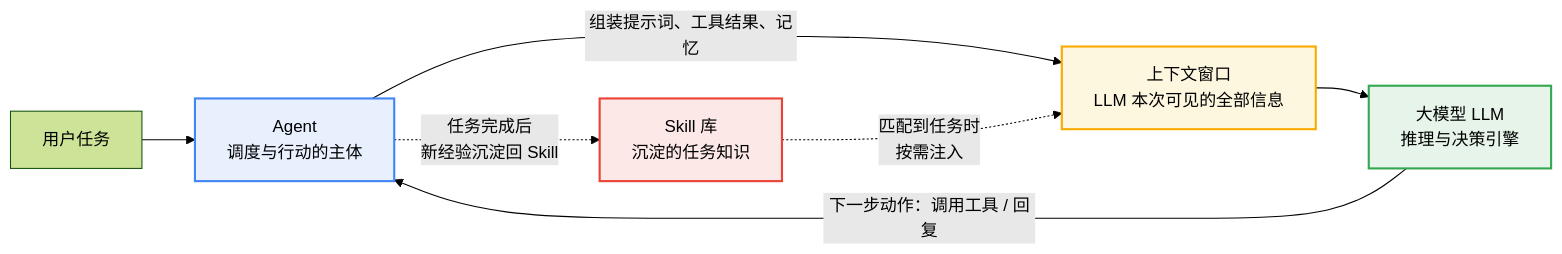
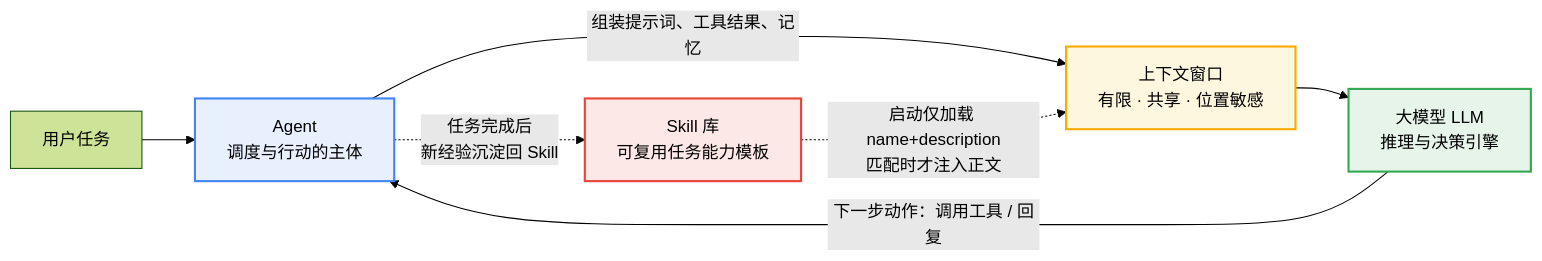
One commit to 5210503/statistics-data-analysis changed the first of 4 diagrams in concept-relationship.md. Above: the diagram before and after it, drawn with Mermaid (forest theme). The commit also changed other lines of this file and 5 other files, not shown here.

Commit message:
内容修正：新增 Skill 学习资料取代错误的 v2 版本，重写概念关系图，同步索引与 README

````diff
--- a/concept-relationship.md
+++ b/concept-relationship.md
@@ -13,14 +16,14 @@
 ```mermaid
 flowchart LR
     U[用户任务] --> A[Agent<br/>调度与行动的主体]
-    A -->|组装提示词、工具结果、记忆| C[上下文窗口<br/>LLM 本次可见的全部信息]
+    A -->|组装提示词、工具结果、记忆| C[上下文窗口<br/>有限 · 共享 · 位置敏感]
     C --> S[大模型 LLM<br/>推理与决策引擎]
     S -->|下一步动作：调用工具 / 回复| A
-    S1[Skill 库<br/>沉淀的任务知识] -.->|匹配到任务时<br/>按需注入| C
+    S1[Skill 库<br/>可复用任务能力模板] -.->|启动仅加载 name+description<br/>匹配时才注入正文| C
     A -.->|任务完成后<br/>新经验沉淀回 Skill| S1
 
     style A fill:#e8f0fe,stroke:#4285f4,stroke-width:2px
     style C fill:#fef7e0,stroke:#f9ab00,stroke-width:2px
     style S fill:#e6f4ea,stroke:#34a853,stroke-width:2px
     style S1 fill:#fce8e6,stroke:#ea4335,stroke-width:2px
 ```
````
